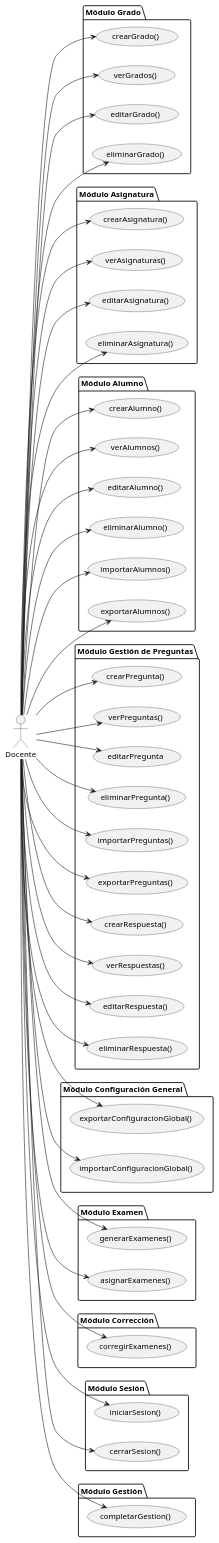
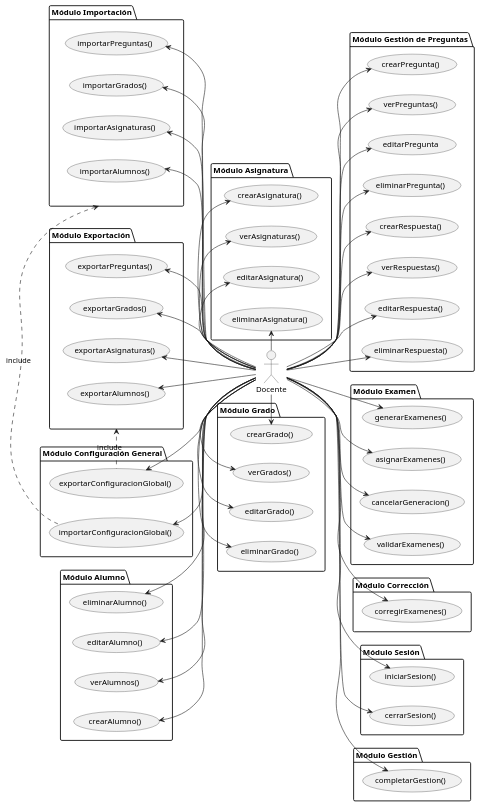
The diagram in documents/casos-de-uso/encontrarActoresYCasosDeUso/actoresYCasosDeUso-docente.puml (martinlopez7/25-26-IdSw1-SdR), drawn with PlantUML before and after one commit. The commit also changed 5 other files, not shown here.

```diff
--- a/documents/casos-de-uso/encontrarActoresYCasosDeUso/actoresYCasosDeUso-docente.puml
+++ b/documents/casos-de-uso/encontrarActoresYCasosDeUso/actoresYCasosDeUso-docente.puml
@@ -1,103 +1,127 @@
 @startuml actoresYCasosDeUso-docente
 
 left to right direction
 
 actor "Docente" as doc
 
 package "Módulo Grado" {
   usecase "crearGrado()" as UC1
   usecase "verGrados()" as UC2
   usecase "editarGrado()" as UC3
   usecase "eliminarGrado()" as UC4
+  
+  
 }
 
 package "Módulo Asignatura" {
   usecase "crearAsignatura()" as UC5
   usecase "verAsignaturas()" as UC6
   usecase "editarAsignatura()" as UC7
   usecase "eliminarAsignatura()" as UC8
+  
+  
 }
 
 package "Módulo Alumno" {
   usecase "crearAlumno()" as UC9
   usecase "verAlumnos()" as UC10
   usecase "editarAlumno()" as UC11
   usecase "eliminarAlumno()" as UC12
-   usecase "importarAlumnos()" as UC19
-   usecase "exportarAlumnos()" as UC17
+  
+  
 }
-
-
 
 package "Módulo Gestión de Preguntas" {
   usecase "crearPregunta()" as UC20
   usecase "verPreguntas()" as UC21
   usecase "editarPregunta" as UC22
   usecase "eliminarPregunta()" as UC23
-  usecase "importarPreguntas()" as UC24
-  usecase "exportarPreguntas()" as UC25
+ 
+ 
  usecase "crearRespuesta()" as UC32
   usecase "verRespuestas()" as UC33
   usecase "editarRespuesta()" as UC34
   usecase "eliminarRespuesta()" as UC35
 }
 
 package "Módulo Configuración General" {
   usecase "exportarConfiguracionGlobal()" as UC26
   usecase "importarConfiguracionGlobal()" as UC27
 }
 
 package "Módulo Examen" {
   usecase "generarExamenes()" as UC28
   usecase "asignarExamenes()" as UC29
- 
+  usecase "cancelarGeneracion()" as UC40
+  usecase "validarExamenes()" as UC41
 }
 
 package "Módulo Corrección" {
   usecase "corregirExamenes()" as UC31
 }
 
 package "Módulo Sesión" {
-  usecase "iniciarSesion()" as UC41
-  usecase "cerrarSesion()" as UC42
+  usecase "iniciarSesion()" as UC42
+  usecase "cerrarSesion()" as UC43
 }
 
 package "Módulo Gestión" {
   usecase "completarGestion()" as UC13
 
 }
+package "Módulo Importación" as MI45{
+  usecase "importarAsignaturas()" as UC38
+  usecase "importarPreguntas()" as UC24
+  usecase "importarAlumnos()" as UC19
+  usecase "importarGrados()" as UC36
+}
+package "Módulo Exportación" as ME44{
+usecase "exportarPreguntas()" as UC25
+usecase "exportarAlumnos()" as UC17
+usecase "exportarAsignaturas()" as UC39
+usecase "exportarGrados()" as UC37
+}
 
-doc --> UC1
-doc --> UC2
-doc --> UC3
-doc --> UC4
-doc --> UC5
-doc --> UC6
-doc --> UC7
-doc --> UC8
-doc --> UC9
-doc --> UC10
-doc --> UC11
-doc --> UC12
+
+doc -l-> UC1
+doc -l-> UC2
+doc -l-> UC3
+doc -l-> UC4
+doc -l-> UC5
+doc -l-> UC6
+doc -l-> UC7
+doc -l-> UC8
+doc -u-> UC9
+doc -u-> UC10
+doc -u-> UC11
+doc -u-> UC12
 doc --> UC13
-doc --> UC17
-doc --> UC19
-doc --> UC20
-doc --> UC21
-doc --> UC22
-doc --> UC23
-doc --> UC24
-doc --> UC25
-doc --> UC26
-doc --> UC27
+doc -u-> UC17
+doc -u-> UC19
+doc -d-> UC20
+doc -d-> UC21
+doc -d-> UC22
+doc -d-> UC23
+doc -d-> UC24
+doc -d-> UC25
+doc -u-> UC26
+doc -u-> UC27
 doc --> UC28
 doc --> UC29
 doc --> UC31
-doc --> UC32
-doc --> UC33
-doc --> UC34
-doc --> UC35
+doc -d-> UC32
+doc -d-> UC33
+doc -d-> UC34
+doc -d-> UC35
+doc -l-> UC36
+doc -l-> UC37
+doc -l-> UC38
+doc -l-> UC39
+doc --> UC40
 doc --> UC41
 doc --> UC42
+doc --> UC43
+ME44<.r.UC26 :include
+MI45<.r.UC27 :include
 
 @enduml
```
